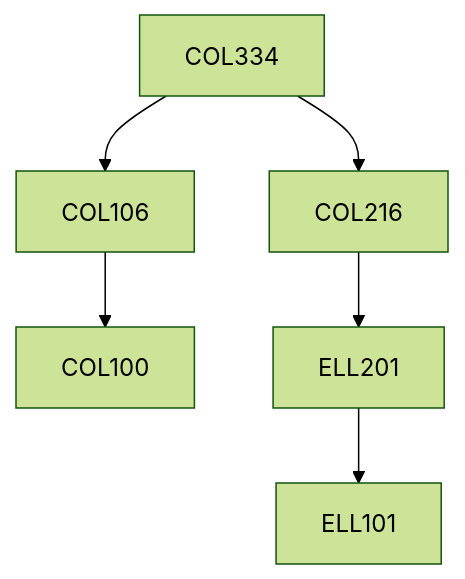
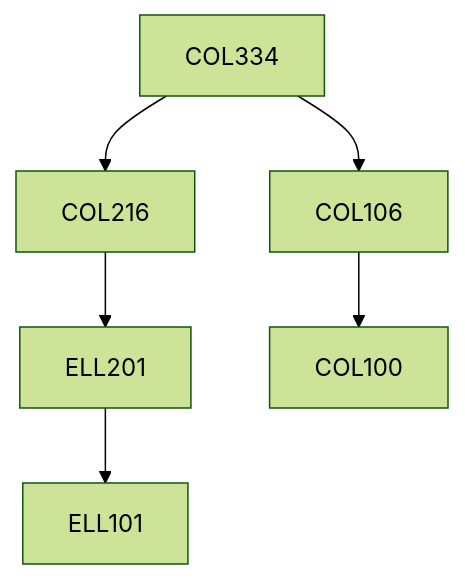
One commit to KeshavBansal0122/CoS_Website changed the diagram in content/Computer Science and Engineering/COL334.md. Above: the diagram before and after it, drawn with Mermaid (forest theme). The commit also changed other lines of this file and 2662 other files, not shown here.

````diff
--- a/content/Computer Science and Engineering/COL334.md
+++ b/content/Computer Science and Engineering/COL334.md
@@ -15,12 +15,12 @@
 ```mermaid
 flowchart TD
 COL334-182[COL334]
+COL216-182 --> ELL201-182[ELL201]
+COL106-182 --> COL100-182[COL100]
+ELL201-182 --> ELL101-182[ELL101]
+COL334-182 --> COL216-182[COL216]
 COL334-182 --> COL106-182[COL106]
-COL106-182 --> COL100-182[COL100]
-COL334-182 --> COL216-182[COL216]
-ELL201-182 --> ELL101-182[ELL101]
-COL216-182 --> ELL201-182[ELL201]
 
 classDef empty height:17px, fill:transparent, stroke:transparent;
 classDef trueEmpty height:0px, width:0px;
 ```
````
